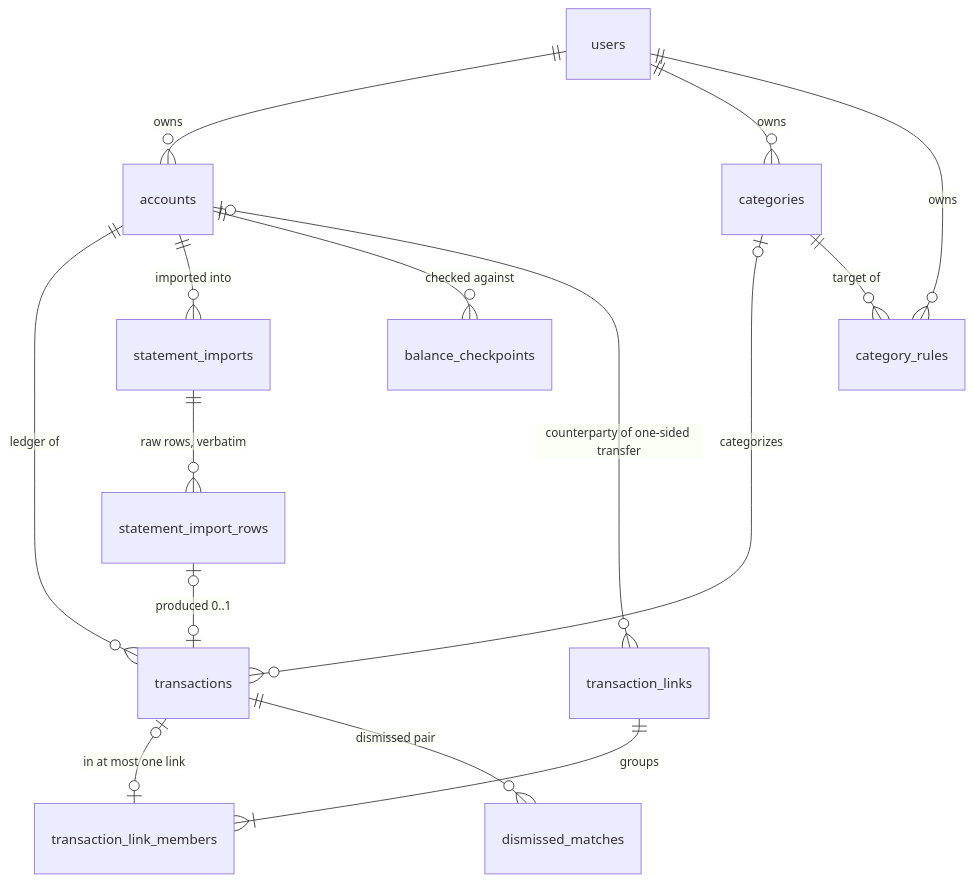
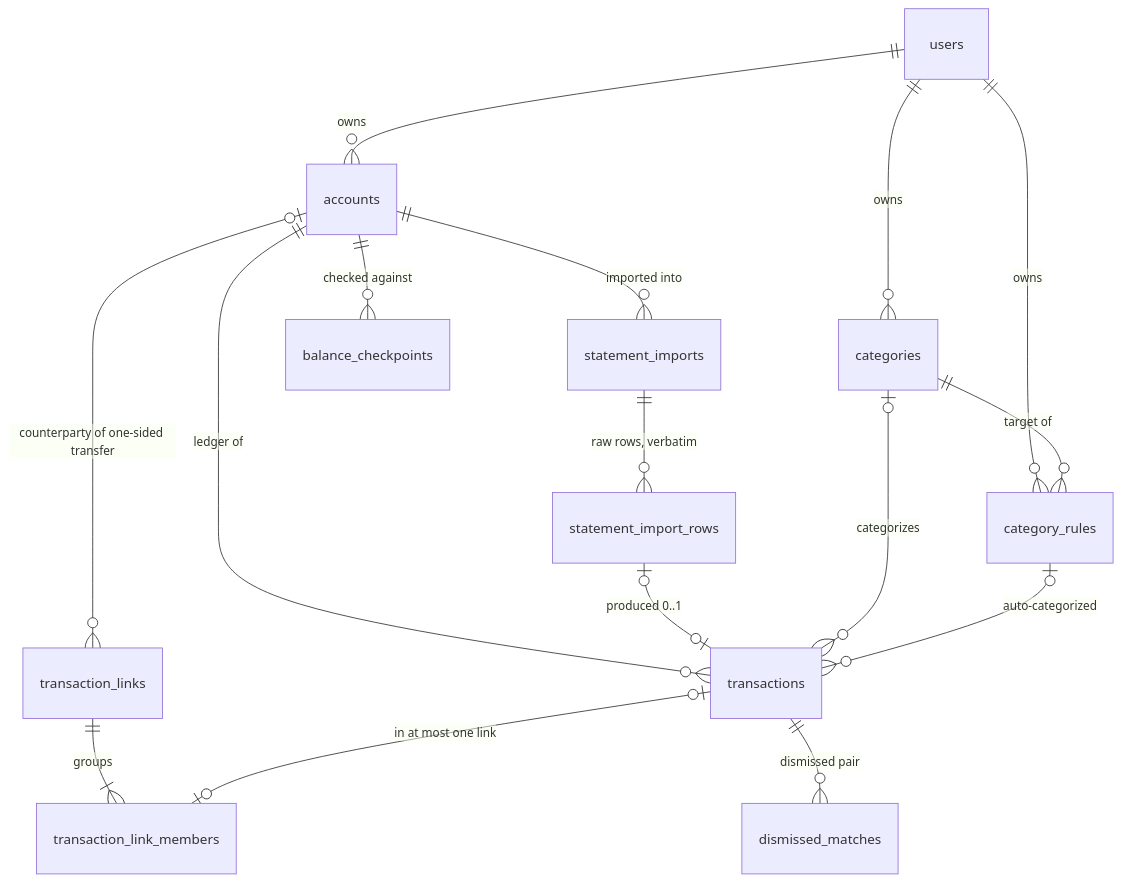
The diagram in docs/DATA_MODEL.md (yogendrasai02/finance-tracker), drawn with Mermaid before and after one commit. The commit also changed other lines of this file and 3 other files, not shown here.

````diff
--- a/docs/DATA_MODEL.md
+++ b/docs/DATA_MODEL.md
@@ -46,17 +60,18 @@
 ```mermaid
 erDiagram
     users ||--o{ accounts : "owns"
     users ||--o{ categories : "owns"
     users ||--o{ category_rules : "owns"
     accounts ||--o{ transactions : "ledger of"
     accounts ||--o{ statement_imports : "imported into"
     accounts ||--o{ balance_checkpoints : "checked against"
     accounts |o--o{ transaction_links : "counterparty of one-sided transfer"
     statement_imports ||--o{ statement_import_rows : "raw rows, verbatim"
     statement_import_rows |o--o| transactions : "produced 0..1"
     categories |o--o{ transactions : "categorizes"
     categories ||--o{ category_rules : "target of"
+    category_rules |o--o{ transactions : "auto-categorized"
     transaction_links ||--|{ transaction_link_members : "groups"
     transactions |o--o| transaction_link_members : "in at most one link"
     transactions ||--o{ dismissed_matches : "dismissed pair"
 ```
````
